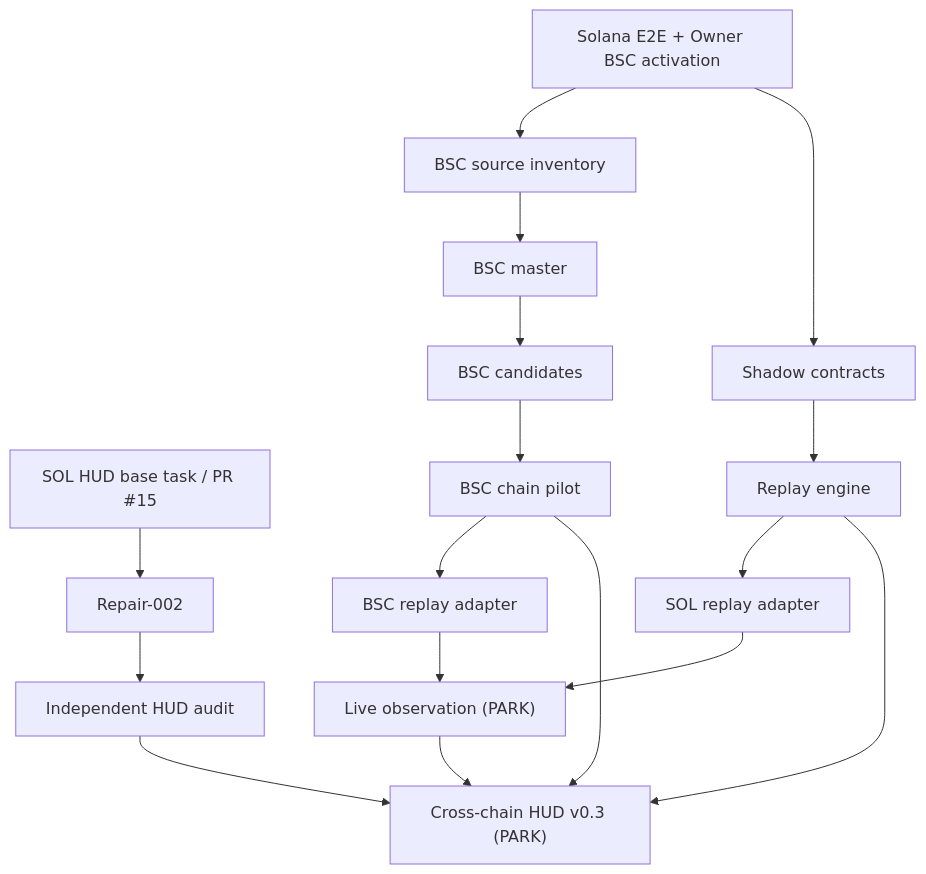
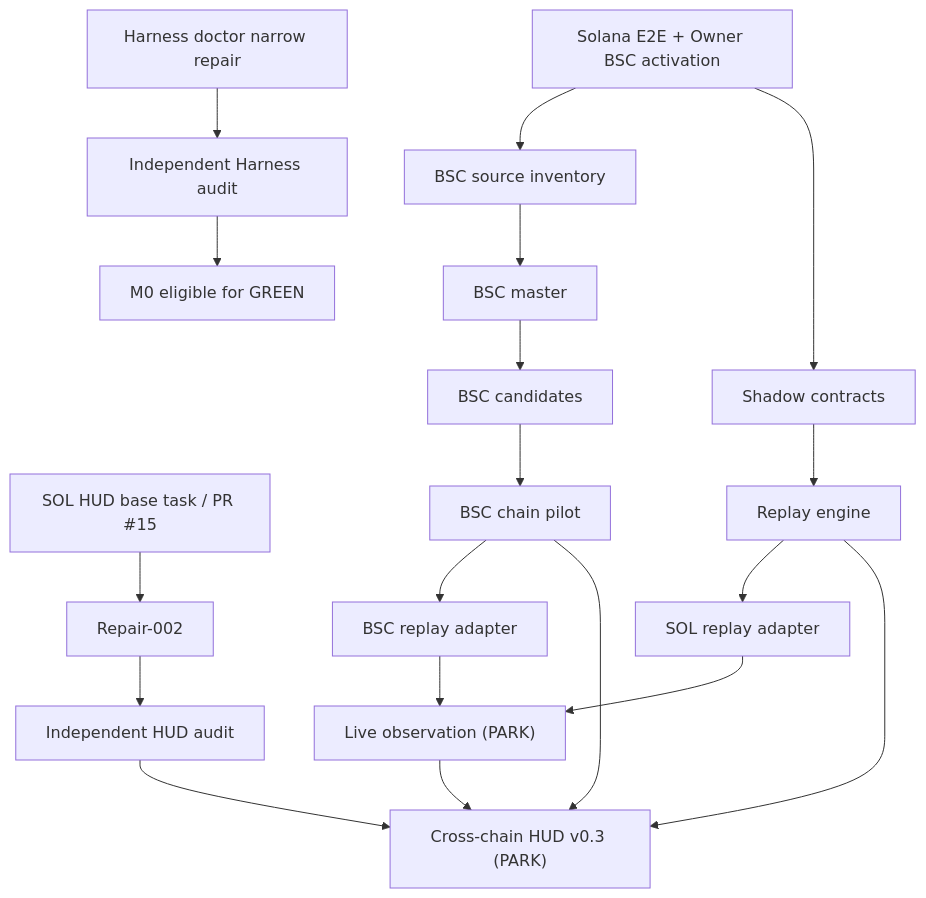
Before and after one commit to Yszdhhh/memecoin-ca-data-layer: the diagram in docs/programs/crosschain-wallet-intelligence-and-shadow-trading-v0-1.md, drawn with Mermaid. The commit also changed other lines of this file and 15 other files, not shown here.

Commit message:
chore: register harness doctor repair gate

````diff
--- a/docs/programs/crosschain-wallet-intelligence-and-shadow-trading-v0-1.md
+++ b/docs/programs/crosschain-wallet-intelligence-and-shadow-trading-v0-1.md
@@ -17,13 +17,15 @@
 ```mermaid
 graph TD
+  D["Harness doctor narrow repair"] --> DA["Independent Harness audit"]
+  DA --> M0["M0 eligible for GREEN"]
   H["SOL HUD base task / PR #15"] --> R["Repair-002"] --> A["Independent HUD audit"]
   S["Solana E2E + Owner BSC activation"] --> I["BSC source inventory"] --> M["BSC master"] --> C["BSC candidates"] --> V["BSC chain pilot"]
   S --> K["Shadow contracts"] --> E["Replay engine"] --> SA["SOL replay adapter"]
   V --> BA["BSC replay adapter"]
   SA --> L["Live observation (PARK)"]
   BA --> L
   A --> X["Cross-chain HUD v0.3 (PARK)"]
   V --> X
   E --> X
   L --> X
 ```
````
